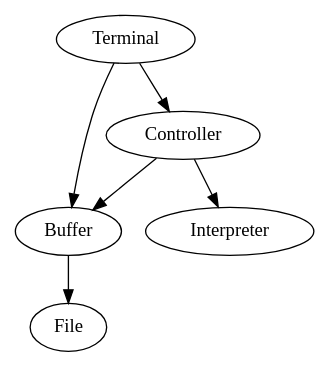
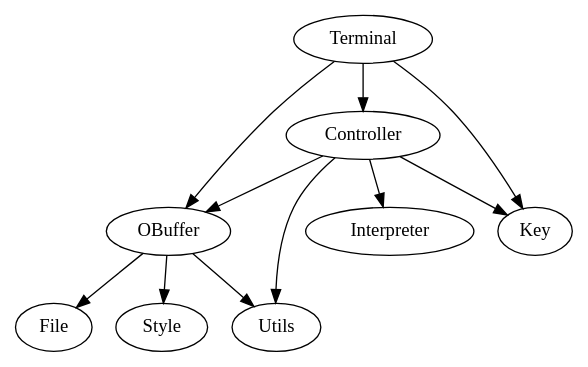
Before and after one commit to alexrenda/Omacs: the diagram in mdd.dot, drawn with Graphviz. The commit also changed 1 other file, not shown here.

```diff
--- a/mdd.dot
+++ b/mdd.dot
@@ -1,5 +1,10 @@
 digraph mdd {
-    Terminal -> Controller -> Buffer -> File;
-    Terminal -> Buffer;
+    Terminal -> Controller -> OBuffer -> File;
+    Terminal -> OBuffer;
+    Terminal -> Key;
     Controller -> Interpreter;
+    Controller -> Key;
+    Controller -> Utils;
+    OBuffer -> Style;
+    OBuffer -> Utils;
 }
```
